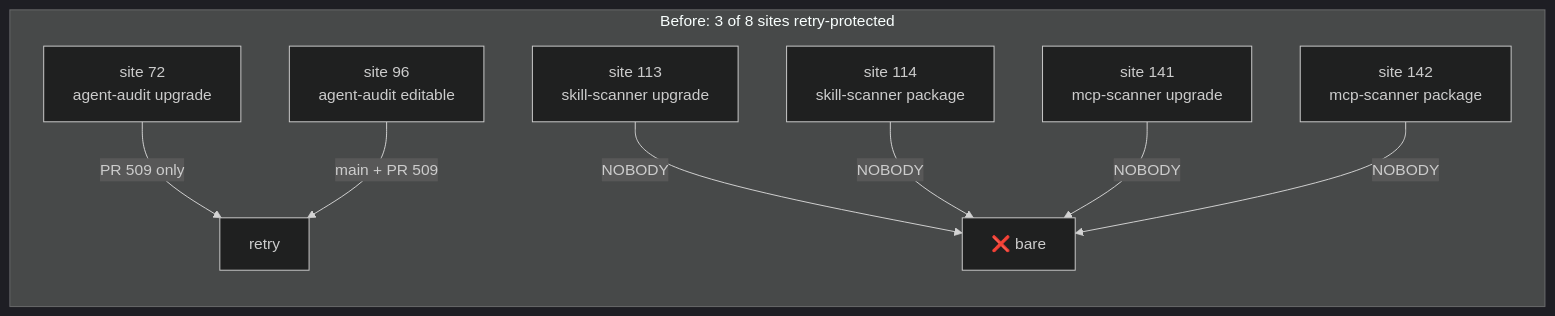
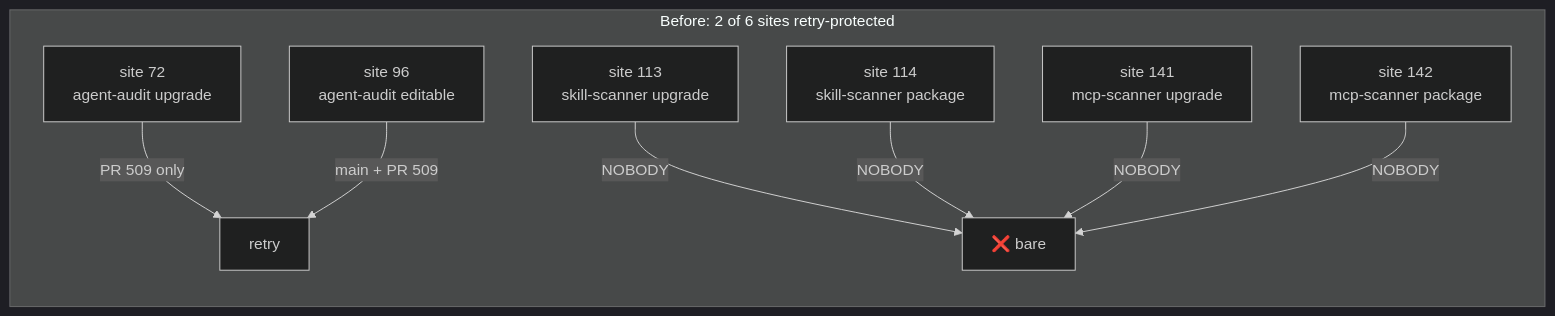
Before and after one commit to diazMelgarejo/Perpetua-Tools: the first of 3 diagrams in .agent/memory/semantic/SYNTHESIS-REPORT-CI-PIP-RETRY-2026-11-15-CROSSLINKED.md, drawn with Mermaid (dark theme). The commit also changed other lines of this file and 2 other files, not shown here.

````diff
--- a/.agent/memory/semantic/SYNTHESIS-REPORT-CI-PIP-RETRY-2026-11-15-CROSSLINKED.md
+++ b/.agent/memory/semantic/SYNTHESIS-REPORT-CI-PIP-RETRY-2026-11-15-CROSSLINKED.md
@@ -103,11 +113,11 @@
 ```mermaid
 flowchart LR
-    subgraph before[Before: 3 of 8 sites retry-protected]
+    subgraph before[Before: 2 of 6 sites retry-protected]
         A[site 72\nagent-audit upgrade] -->|PR 509 only| R[retry]
         B[site 96\nagent-audit editable] -->|main + PR 509| R
         C[site 113\nskill-scanner upgrade] -->|NOBODY| X[❌ bare]
         D[site 114\nskill-scanner package] -->|NOBODY| X
         E[site 141\nmcp-scanner upgrade] -->|NOBODY| X
         F[site 142\nmcp-scanner package] -->|NOBODY| X
     end
 ```
````
